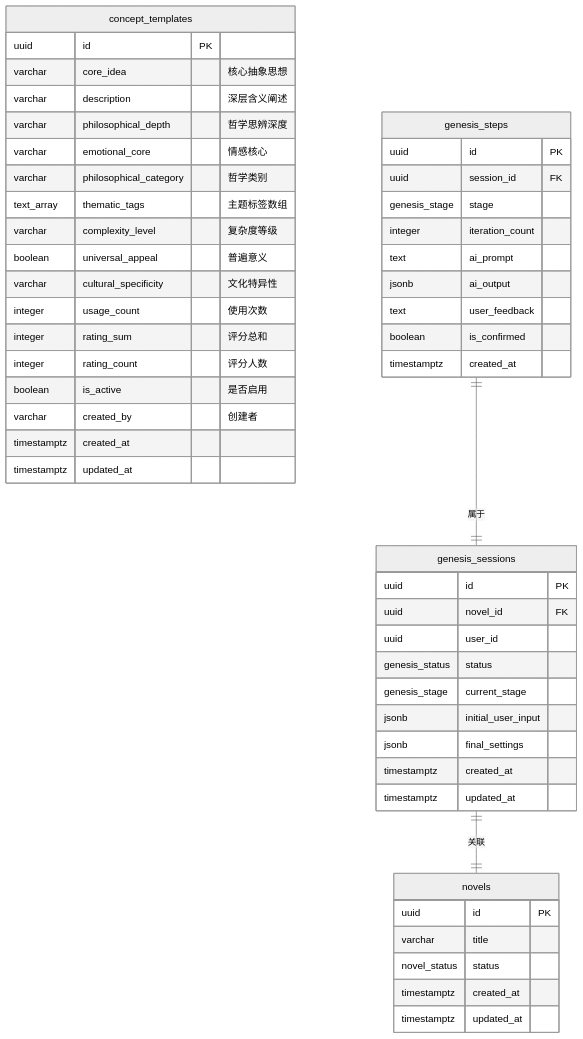
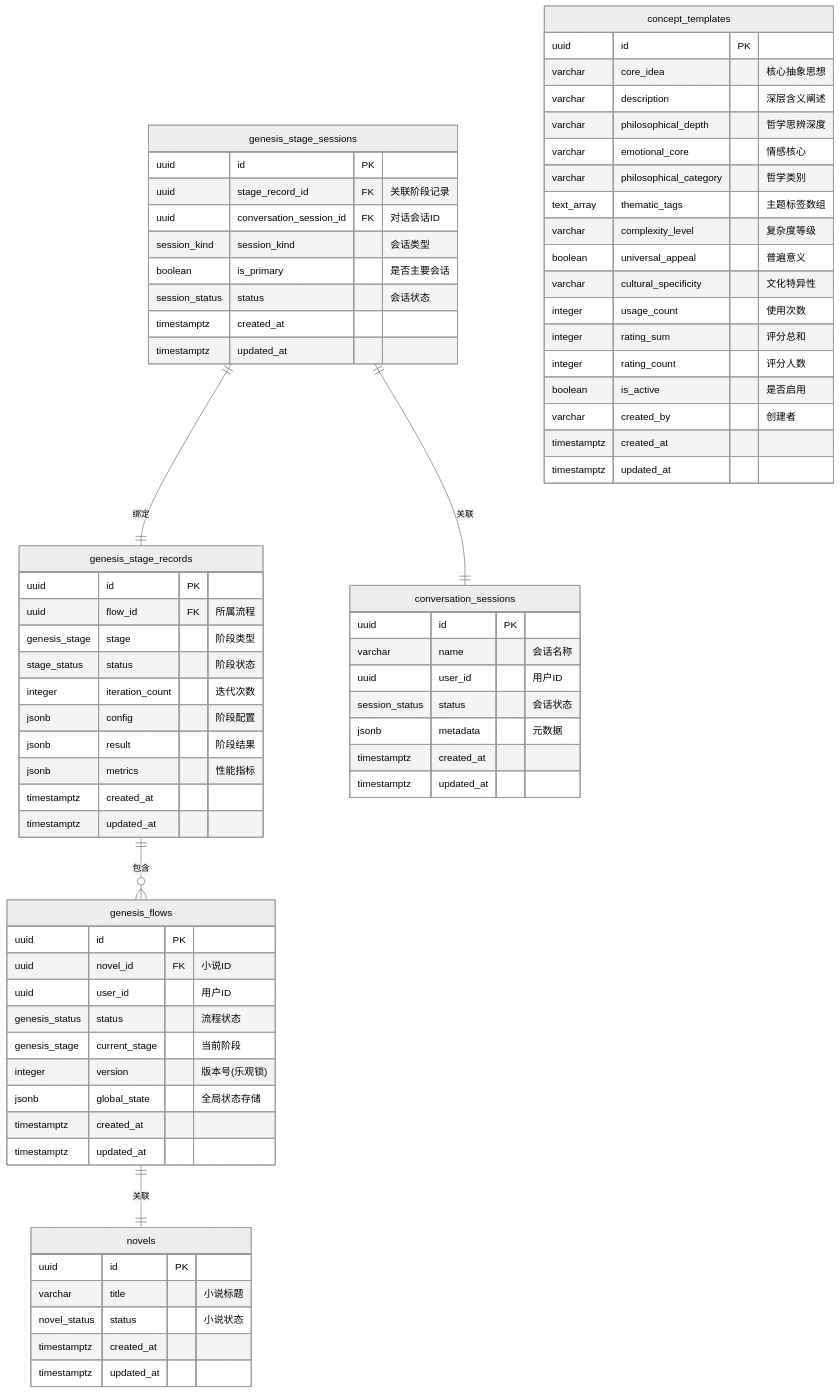
Before and after one commit to zhiyue/infinite-scribe: the fifth of 6 diagrams in docs/design/workflows/GENESIS_FLOW_REDESIGN.md, drawn with Mermaid (neutral theme). The commit also changed other lines of this file, not shown here.

````diff
--- a/docs/design/workflows/GENESIS_FLOW_REDESIGN.md
+++ b/docs/design/workflows/GENESIS_FLOW_REDESIGN.md
@@ -206,57 +252,81 @@
 ```mermaid
 erDiagram
+    genesis_flows {
+        uuid id PK
+        uuid novel_id FK "小说ID"
+        uuid user_id "用户ID"
+        genesis_status status "流程状态"
+        genesis_stage current_stage "当前阶段"
+        integer version "版本号(乐观锁)"
+        jsonb global_state "全局状态存储"
+        timestamptz created_at
+        timestamptz updated_at
+    }
+
+    genesis_stage_records {
+        uuid id PK
+        uuid flow_id FK "所属流程"
+        genesis_stage stage "阶段类型"
+        stage_status status "阶段状态"
+        integer iteration_count "迭代次数"
+        jsonb config "阶段配置"
+        jsonb result "阶段结果"
+        jsonb metrics "性能指标"
+        timestamptz created_at
+        timestamptz updated_at
+    }
+
+    genesis_stage_sessions {
+        uuid id PK
+        uuid stage_record_id FK "关联阶段记录"
+        uuid conversation_session_id FK "对话会话ID"
+        session_kind session_kind "会话类型"
+        boolean is_primary "是否主要会话"
+        session_status status "会话状态"
+        timestamptz created_at
+        timestamptz updated_at
+    }
+
     concept_templates {
         uuid id PK
         varchar core_idea "核心抽象思想"
         varchar description "深层含义阐述"
         varchar philosophical_depth "哲学思辨深度"
         varchar emotional_core "情感核心"
         varchar philosophical_category "哲学类别"
         text_array thematic_tags "主题标签数组"
         varchar complexity_level "复杂度等级"
         boolean universal_appeal "普遍意义"
         varchar cultural_specificity "文化特异性"
         integer usage_count "使用次数"
         integer rating_sum "评分总和"
         integer rating_count "评分人数"
         boolean is_active "是否启用"
         varchar created_by "创建者"
         timestamptz created_at
         timestamptz updated_at
     }
-    
-    genesis_sessions {
+
+    novels {
         uuid id PK
-        uuid novel_id FK
-        uuid user_id
-        genesis_status status
-        genesis_stage current_stage
-        jsonb initial_user_input
-        jsonb final_settings
+        varchar title "小说标题"
+        novel_status status "小说状态"
         timestamptz created_at
         timestamptz updated_at
     }
-    
-    genesis_steps {
+
+    conversation_sessions {
         uuid id PK
-        uuid session_id FK
-        genesis_stage stage
-        integer iteration_count
-        text ai_prompt
-        jsonb ai_output
-        text user_feedback
-        boolean is_confirmed
-        timestamptz created_at
-    }
-    
-    novels {
-        uuid id PK
-        varchar title
-        novel_status status
+        varchar name "会话名称"
+        uuid user_id "用户ID"
+        session_status status "会话状态"
+        jsonb metadata "元数据"
         timestamptz created_at
         timestamptz updated_at
     }
-    
-    genesis_sessions ||--|| novels : "关联"
-    genesis_steps ||--|| genesis_sessions : "属于"
+
+    genesis_flows ||--|| novels : "关联"
+    genesis_stage_records ||--o{ genesis_flows : "包含"
+    genesis_stage_sessions ||--|| genesis_stage_records : "绑定"
+    genesis_stage_sessions ||--|| conversation_sessions : "关联"
 ```
````
